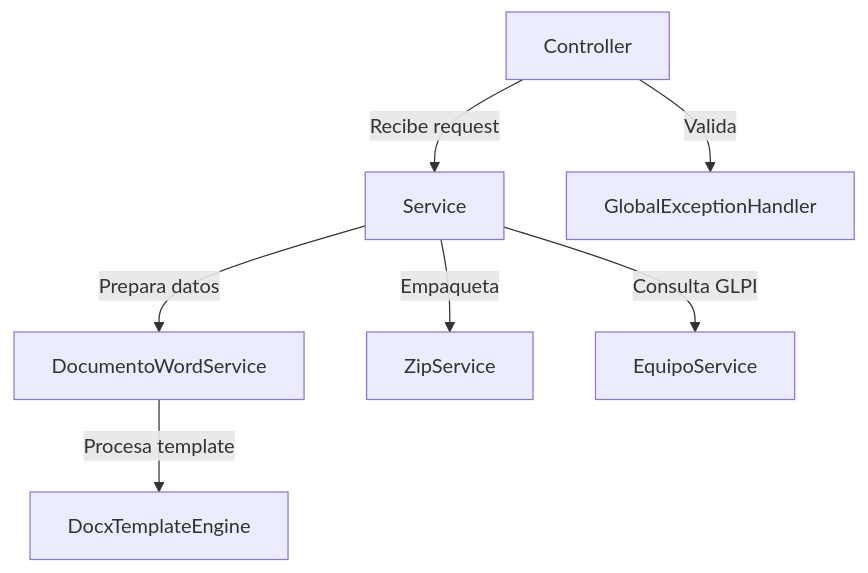
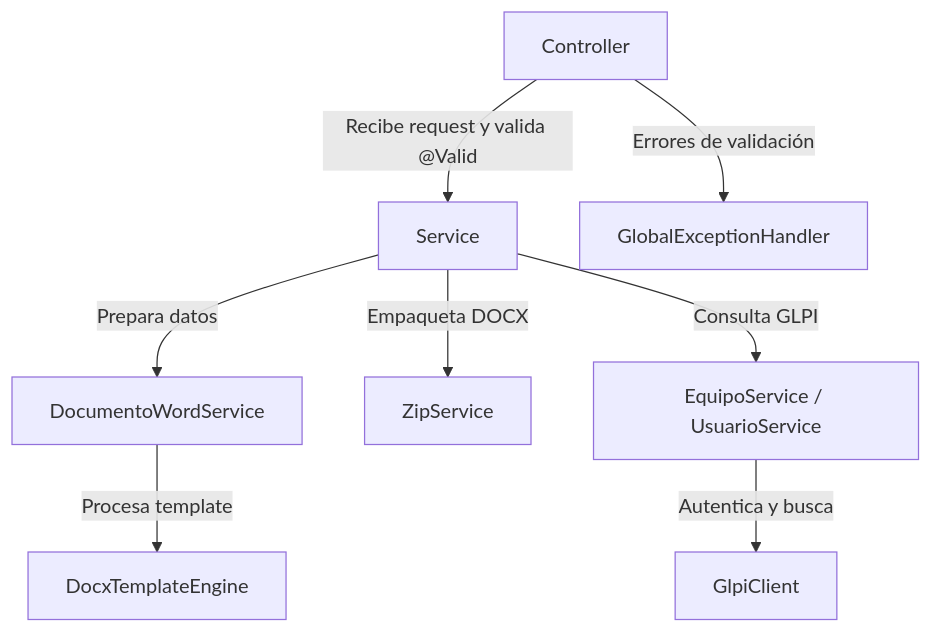
Before and after one commit to juanjosehc/actas-glpi: the second of 5 diagrams in ARQUITECTURA.md, drawn with Mermaid. The commit also changed other lines of this file and 16 other files, not shown here.

````diff
--- a/ARQUITECTURA.md
+++ b/ARQUITECTURA.md
@@ -70,9 +89,10 @@
 ```mermaid
 graph TD
-    A[Controller] -->|Recibe request| B[Service]
+    A[Controller] -->|Recibe request y valida @Valid| B[Service]
     B -->|Prepara datos| C[DocumentoWordService]
     C -->|Procesa template| D[DocxTemplateEngine]
-    B -->|Empaqueta| E[ZipService]
-    B -->|Consulta GLPI| F[EquipoService]
-    A -->|Valida| G[GlobalExceptionHandler]
+    B -->|Empaqueta DOCX| E[ZipService]
+    B -->|Consulta GLPI| F[EquipoService / UsuarioService]
+    F -->|Autentica y busca| G[GlpiClient]
+    A -->|Errores de validación| H[GlobalExceptionHandler]
 ```
````
